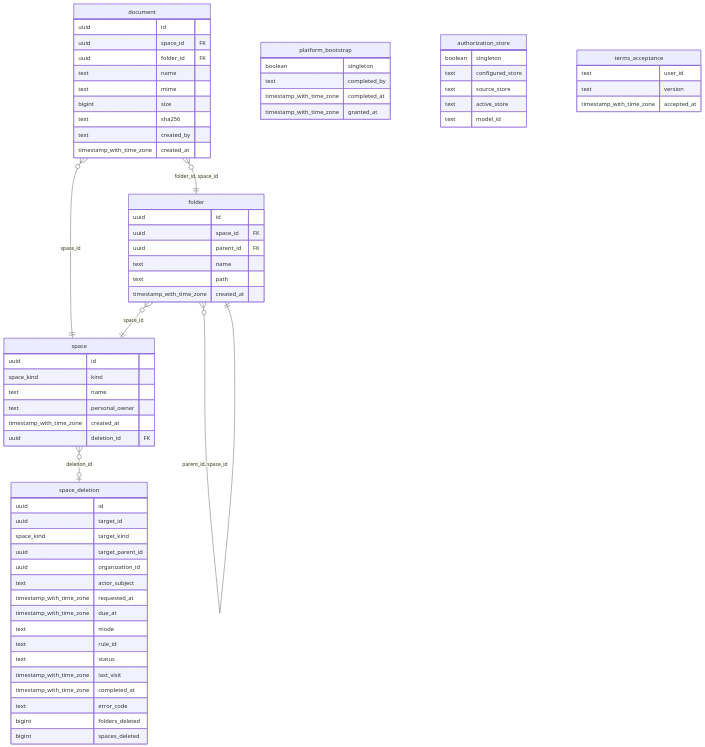
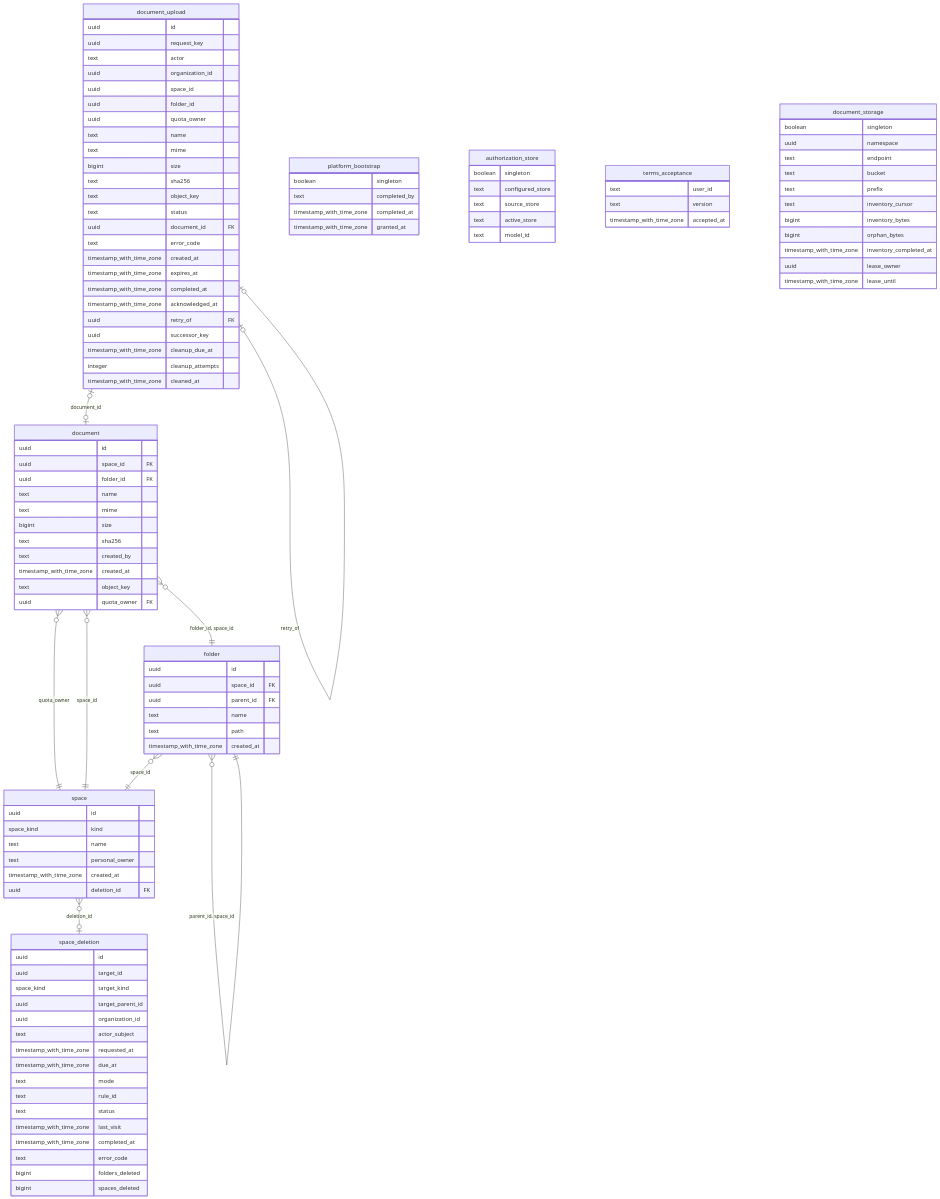
Before and after one commit to ThalesGroup/fred: the diagram in docs/architecture/generated/fred-manager.er.mmd, drawn with Mermaid. The commit also changed 92 other files, not shown here.

```diff
--- a/docs/architecture/generated/fred-manager.er.mmd
+++ b/docs/architecture/generated/fred-manager.er.mmd
@@ -1,71 +1,115 @@
 erDiagram
 
 "space" }o--o| "space_deletion" : "deletion_id"
 "folder" }o--|| "space" : "space_id"
 "folder" }o--|| "folder" : "parent_id, space_id"
+"document" }o--|| "space" : "quota_owner"
 "document" }o--|| "space" : "space_id"
 "document" }o--|| "folder" : "folder_id, space_id"
+"document_upload" |o--o| "document" : "document_id"
+"document_upload" |o--o| "document_upload" : "retry_of"
 
 "space" {
   uuid id
   space_kind kind
   text name
   text personal_owner
   timestamp_with_time_zone created_at
   uuid deletion_id FK
 }
 "folder" {
   uuid id
   uuid space_id FK
   uuid parent_id FK
   text name
   text path
   timestamp_with_time_zone created_at
 }
 "document" {
   uuid id
   uuid space_id FK
   uuid folder_id FK
   text name
   text mime
   bigint size
   text sha256
   text created_by
   timestamp_with_time_zone created_at
+  text object_key
+  uuid quota_owner FK
 }
 "platform_bootstrap" {
   boolean singleton
   text completed_by
   timestamp_with_time_zone completed_at
   timestamp_with_time_zone granted_at
 }
 "authorization_store" {
   boolean singleton
   text configured_store
   text source_store
   text active_store
   text model_id
 }
 "terms_acceptance" {
   text user_id
   text version
   timestamp_with_time_zone accepted_at
 }
 "space_deletion" {
   uuid id
   uuid target_id
   space_kind target_kind
   uuid target_parent_id
   uuid organization_id
   text actor_subject
   timestamp_with_time_zone requested_at
   timestamp_with_time_zone due_at
   text mode
   text rule_id
   text status
   timestamp_with_time_zone last_visit
   timestamp_with_time_zone completed_at
   text error_code
   bigint folders_deleted
   bigint spaces_deleted
 }
+"document_storage" {
+  boolean singleton
+  uuid namespace
+  text endpoint
+  text bucket
+  text prefix
+  text inventory_cursor
+  bigint inventory_bytes
+  bigint orphan_bytes
+  timestamp_with_time_zone inventory_completed_at
+  uuid lease_owner
+  timestamp_with_time_zone lease_until
+}
+"document_upload" {
+  uuid id
+  uuid request_key
+  text actor
+  uuid organization_id
+  uuid space_id
+  uuid folder_id
+  uuid quota_owner
+  text name
+  text mime
+  bigint size
+  text sha256
+  text object_key
+  text status
+  uuid document_id FK
+  text error_code
+  timestamp_with_time_zone created_at
+  timestamp_with_time_zone expires_at
+  timestamp_with_time_zone completed_at
+  timestamp_with_time_zone acknowledged_at
+  uuid retry_of FK
+  uuid successor_key
+  timestamp_with_time_zone cleanup_due_at
+  integer cleanup_attempts
+  timestamp_with_time_zone cleaned_at
+}
```
